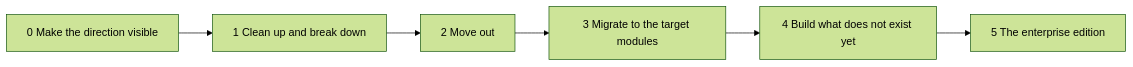
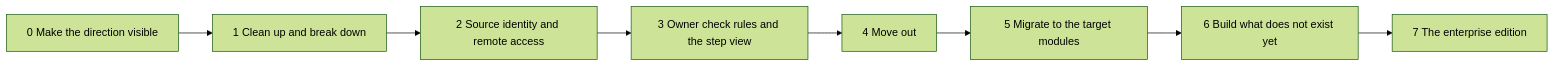
The first of 2 diagrams in docs/roadmap.md (hybroai/hybro), drawn with Mermaid (forest theme) before and after one commit. The commit also changed other lines of this file and 1 other file, not shown here.

First line of the commit message:
docs(roadmap): move source identity and check rules ahead of the move-out

````diff
--- a/docs/roadmap.md
+++ b/docs/roadmap.md
@@ -5,8 +5,10 @@
 ```mermaid
 flowchart LR
     p0["0 Make the direction visible"] --> p1["1 Clean up and break down"]
-    p1 --> p2["2 Move out"]
-    p2 --> p3["3 Migrate to the target modules"]
-    p3 --> p4["4 Build what does not exist yet"]
-    p4 --> p5["5 The enterprise edition"]
+    p1 --> p2["2 Source identity and remote access"]
+    p2 --> p3["3 Owner check rules and the step view"]
+    p3 --> p4["4 Move out"]
+    p4 --> p5["5 Migrate to the target modules"]
+    p5 --> p6["6 Build what does not exist yet"]
+    p6 --> p7["7 The enterprise edition"]
 ```
````
